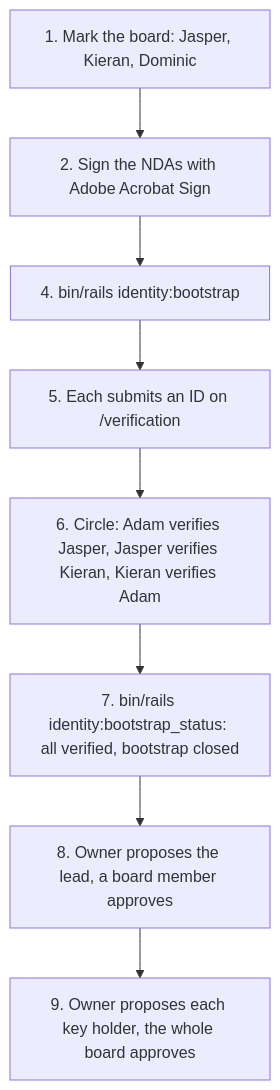
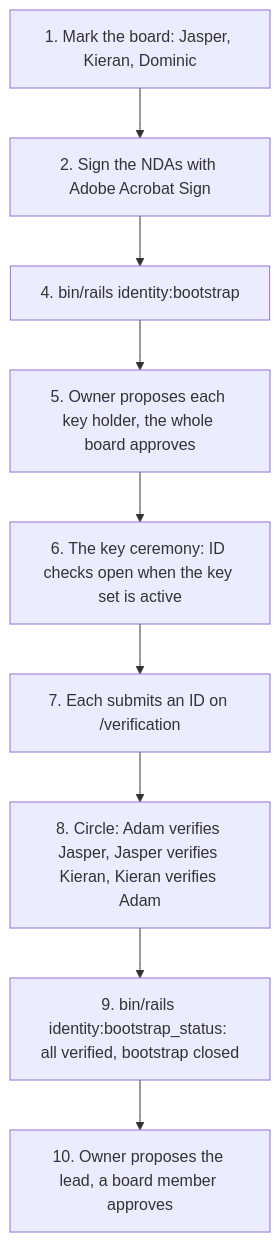
Before and after one commit to patchworklabsorg/weave: the second of 3 diagrams in docs/KYC_ROLLOUT.md, drawn with Mermaid. The commit also changed other lines of this file and 10 other files, not shown here.

Commit message:
feat: let bootstrap members hold keys before the first ceremony, and open id checks after it

````diff
--- a/docs/KYC_ROLLOUT.md
+++ b/docs/KYC_ROLLOUT.md
@@ -156,10 +156,11 @@
 ```mermaid
 flowchart TD
   A[1. Mark the board: Jasper, Kieran, Dominic] --> B[2. Sign the NDAs with Adobe Acrobat Sign]
   B --> D[4. bin/rails identity:bootstrap]
-  D --> E[5. Each submits an ID on /verification]
-  E --> F[6. Circle: Adam verifies Jasper, Jasper verifies Kieran, Kieran verifies Adam]
-  F --> G[7. bin/rails identity:bootstrap_status: all verified, bootstrap closed]
-  G --> H[8. Owner proposes the lead, a board member approves]
-  H --> I[9. Owner proposes each key holder, the whole board approves]
+  D --> I[5. Owner proposes each key holder, the whole board approves]
+  I --> K[6. The key ceremony: ID checks open when the key set is active]
+  K --> E[7. Each submits an ID on /verification]
+  E --> F[8. Circle: Adam verifies Jasper, Jasper verifies Kieran, Kieran verifies Adam]
+  F --> G[9. bin/rails identity:bootstrap_status: all verified, bootstrap closed]
+  G --> H[10. Owner proposes the lead, a board member approves]
 ```
````
